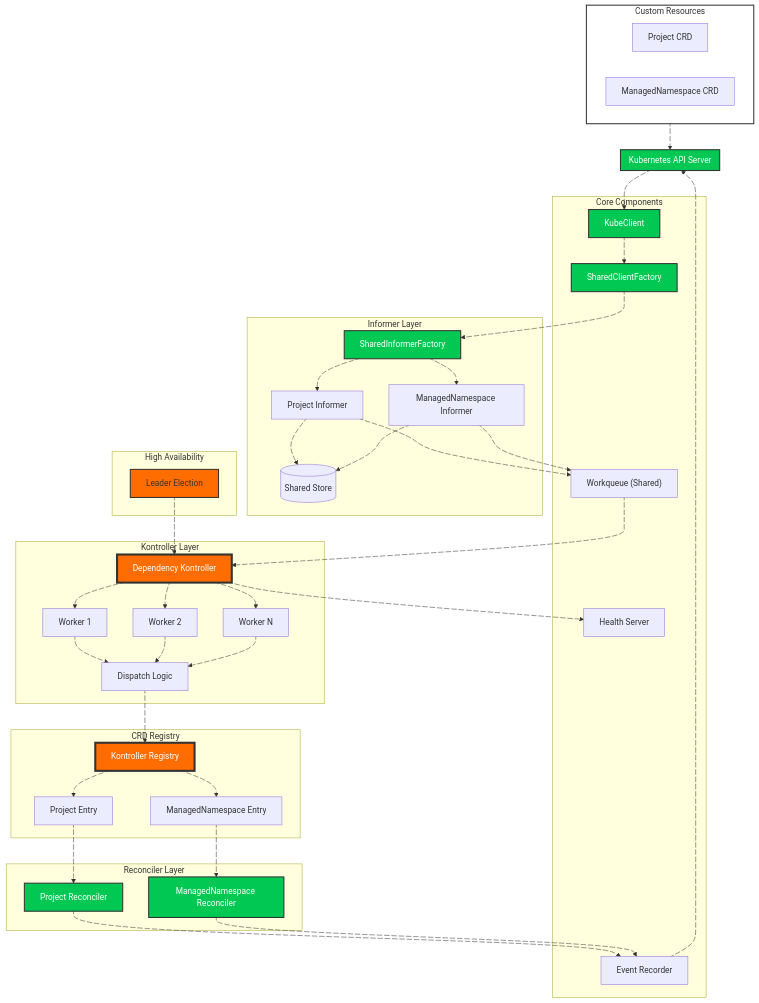
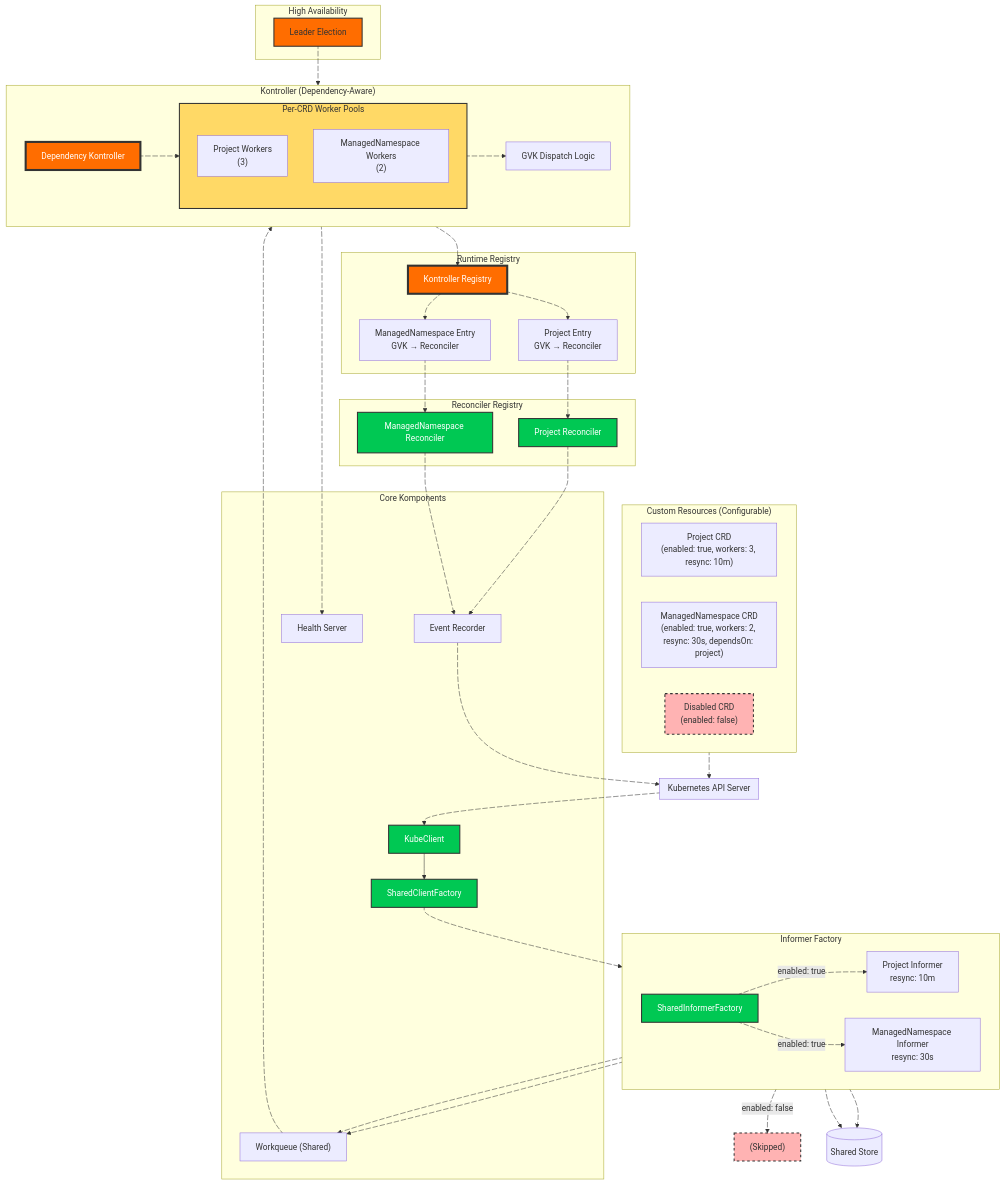
Before and after one commit to iAlexeze/orkestra: the diagram in README.md, drawn with Mermaid. The commit also changed other lines of this file and 22 other files, not shown here.

````diff
--- a/README.md
+++ b/README.md
@@ -59,98 +59,101 @@
 ```mermaid
 flowchart TB
- subgraph CRDs["Custom Resources"]
-        P["Project CRD"]
-        M["ManagedNamespace CRD"]
+ subgraph CRDs["Custom Resources (Configurable)"]
+        P["Project CRD<br>(enabled: true, workers: 3, resync: 10m)"]
+        M["ManagedNamespace CRD<br>(enabled: true, workers: 2, resync: 30s, dependsOn: project)"]
+        D["Disabled CRD<br>(enabled: false)"]
   end
  subgraph API["Kubernetes API Server"]
   end
- subgraph Core["Core Components"]
+ subgraph Core["Core Komponents"]
         KC["KubeClient"]
         FC["SharedClientFactory"]
         EV["Event Recorder"]
         HS["Health Server"]
         WQ["Workqueue (Shared)"]
   end
- subgraph Informers["Informer Layer"]
+ subgraph Informers["Informer Factory"]
+    direction LR
         SIF["SharedInformerFactory"]
-        PI["Project Informer"]
-        MI["ManagedNamespace Informer"]
-        STORE[("Shared Store")]
+        PI["Project Informer<br>resync: 10m"]
+        MI["ManagedNamespace Informer<br>resync: 30s"]
   end
- subgraph Registry["CRD Registry"]
+ subgraph Registry["Runtime Registry"]
         REG["Kontroller Registry"]
-        R1["Project Entry"]
-        R2["ManagedNamespace Entry"]
+        R1["Project Entry<br>GVK → Reconciler"]
+        R2["ManagedNamespace Entry<br>GVK → Reconciler"]
   end
- subgraph Kontroller["Kontroller Layer"]
+ subgraph Workers["Per-CRD Worker Pools"]
+        W1["Project Workers<br>(3)"]
+        W2["ManagedNamespace Workers<br>(2)"]
+  end
+ subgraph Kontroller["Kontroller (Dependency-Aware)"]
+    direction LR
         C["Dependency Kontroller"]
-        W1["Worker 1"]
-        W2["Worker 2"]
-        W3["Worker N"]
-        DISPATCH["Dispatch Logic"]
+        Workers
+        DISPATCH["GVK Dispatch Logic"]
   end
  subgraph HA["High Availability"]
         LE["Leader Election"]
   end
- subgraph Reconcilers["Reconciler Layer"]
+ subgraph Reconcilers["Reconciler Registry"]
         PR["Project Reconciler"]
         MR["ManagedNamespace Reconciler"]
   end
-    CRDs --> API
-    API --> KC
+    CRDs L_CRDs_API_0@--> API
+    API L_API_KC_0@--> KC
     KC --> FC
-    FC --> SIF
-    SIF --> PI & MI
-    PI --> STORE & WQ
-    MI --> STORE & WQ
-    WQ --> C
-    C --> W1 & W2 & W3 & HS
-    W1 --> DISPATCH
-    W2 --> DISPATCH
-    W3 --> DISPATCH
-    DISPATCH --> REG
-    REG --> R1 & R2
-    R1 --> PR
-    R2 --> MR
-    PR --> EV
-    MR --> EV
-    LE --> C
-    EV --> API
+    FC L_FC_SIF_0@--> SIF
+    SIF L_SIF_PI_0@-. enabled: true .-> PI & MI
+    SIF L_SIF_DI_0@-. enabled: false .-> DI["(Skipped)"]
+    PI L_PI_STORE_0@--> STORE[("Shared Store")] & WQ
+    MI L_MI_STORE_0@--> STORE & WQ
+    WQ L_WQ_C_0@--> C
+    C L_C_Workers_0@--> Workers & HS
+    Workers L_Workers_DISPATCH_0@--> DISPATCH
+    DISPATCH L_DISPATCH_REG_0@--> REG
+    REG L_REG_R1_0@--> R1 & R2
+    R1 L_R1_PR_0@-.-> PR
+    R2 L_R2_MR_0@-.-> MR
+    PR L_PR_EV_0@--> EV
+    MR L_MR_EV_0@--> EV
+    LE L_LE_C_0@--> C
+    EV L_EV_API_0@--> API
 
+     D:::disabled
+     DI:::disabled
+    classDef disabled fill:#FFB3B3,stroke:#333,stroke-width:2px,stroke-dasharray: 5 5
+    style D fill:#FFB3B3,stroke:#333,stroke-width:2px
     style KC fill:#00C853,stroke:#333,stroke-width:2px,color:#FFFFFF
     style FC fill:#00C853,stroke:#333,stroke-width:2px,color:#FFFFFF
     style SIF fill:#00C853,stroke:#333,stroke-width:2px,color:#FFFFFF
     style REG fill:#FF6D00,stroke:#333,stroke-width:4px,color:#FFFFFF
     style C fill:#FF6D00,stroke:#333,stroke-width:4px,color:#FFFFFF
+    style Workers fill:#FFD966,stroke:#333,stroke-width:2px
     style LE fill:#FF6D00,stroke:#333,stroke-width:2px
     style PR fill:#00C853,stroke:#333,stroke-width:2px,color:#FFFFFF
     style MR fill:#00C853,stroke:#333,stroke-width:2px,color:#FFFFFF
-    style CRDs fill:transparent,stroke:#333,stroke-width:2px
-    style API fill:#00C853,stroke:#333,stroke-width:2px,color:#FFFFFF
+    style DI fill:#FFB3B3,stroke:#333,stroke-width:2px,stroke-dasharray: 5 5
 
     L_CRDs_API_0@{ animation: fast } 
     L_API_KC_0@{ animation: fast } 
-    L_KC_FC_0@{ animation: fast } 
     L_FC_SIF_0@{ animation: fast } 
     L_SIF_PI_0@{ animation: fast } 
     L_SIF_MI_0@{ animation: fast } 
+    L_SIF_DI_0@{ animation: fast } 
     L_PI_STORE_0@{ animation: fast } 
     L_PI_WQ_0@{ animation: fast } 
     L_MI_STORE_0@{ animation: fast } 
     L_MI_WQ_0@{ animation: fast } 
     L_WQ_C_0@{ animation: fast } 
-    L_C_W1_0@{ animation: fast } 
-    L_C_W2_0@{ animation: fast } 
-    L_C_W3_0@{ animation: fast } 
+    L_C_Workers_0@{ animation: fast } 
     L_C_HS_0@{ animation: fast } 
-    L_W1_DISPATCH_0@{ animation: fast } 
-    L_W2_DISPATCH_0@{ animation: fast } 
-    L_W3_DISPATCH_0@{ animation: fast } 
+    L_Workers_DISPATCH_0@{ animation: fast } 
     L_DISPATCH_REG_0@{ animation: fast } 
     L_REG_R1_0@{ animation: fast } 
     L_REG_R2_0@{ animation: fast } 
-    L_R1_PR_0@{ animation: fast } 
-    L_R2_MR_0@{ animation: fast } 
+    L_R1_PR_0@{ animation: slow } 
+    L_R2_MR_0@{ animation: slow } 
     L_PR_EV_0@{ animation: fast } 
     L_MR_EV_0@{ animation: fast } 
     L_LE_C_0@{ animation: fast } 
````
